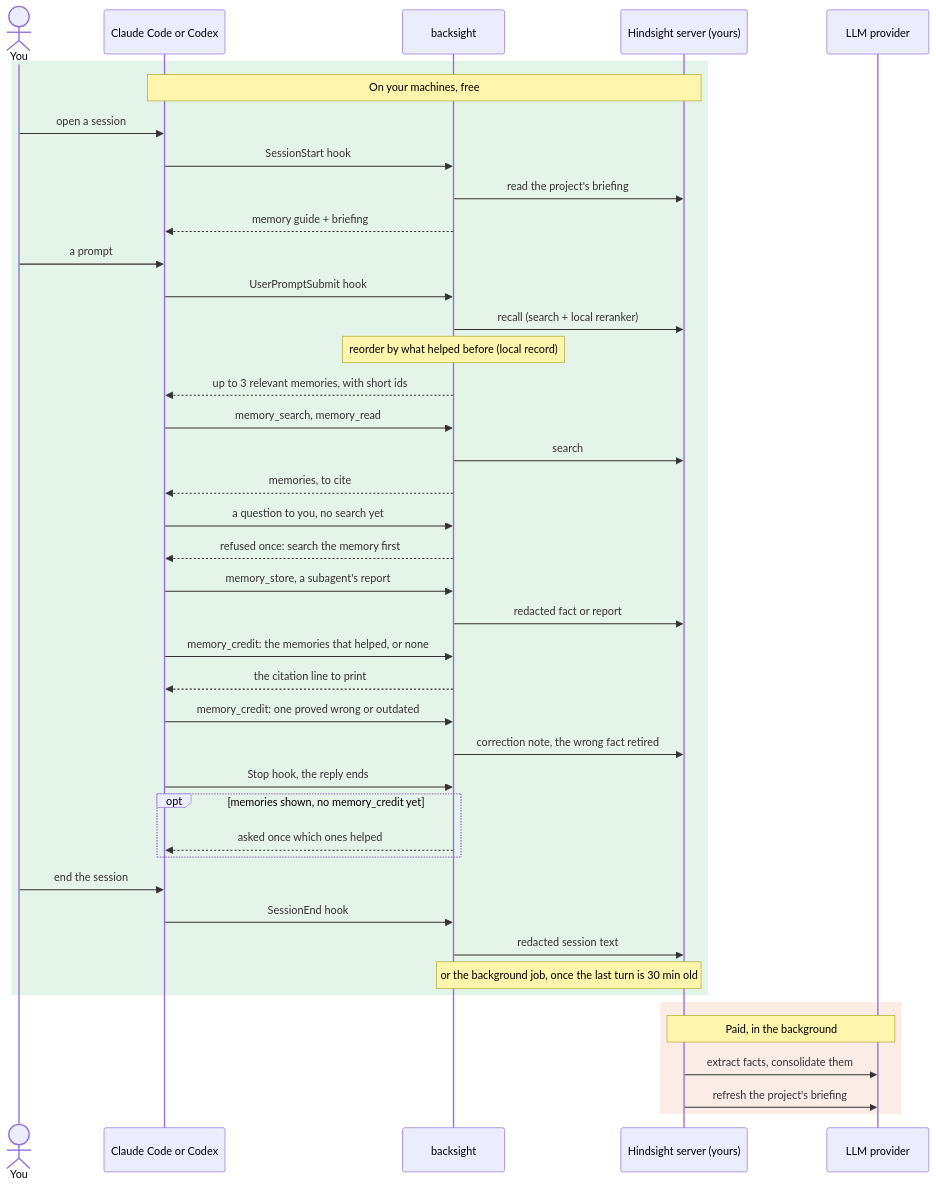
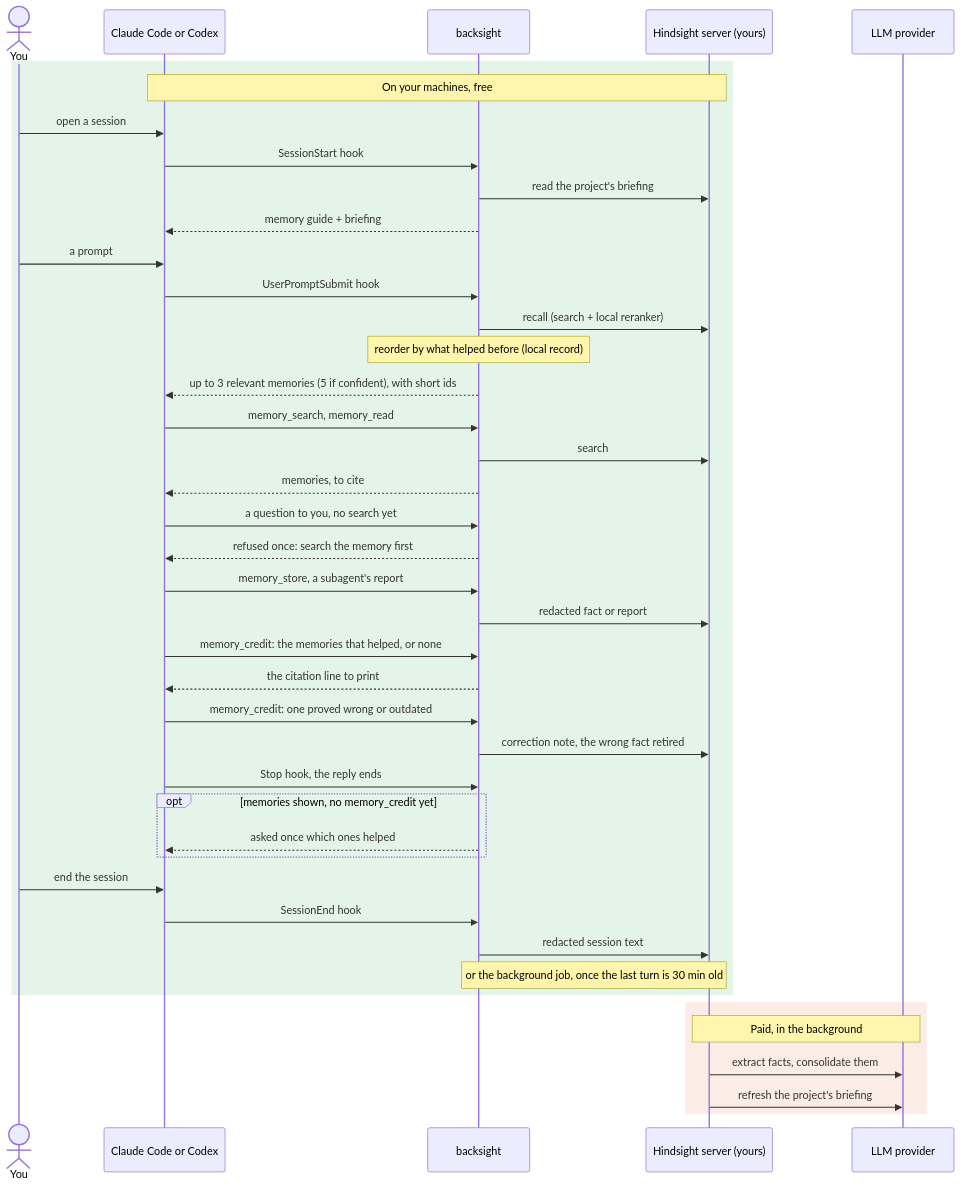
Before and after one commit to Barben360/backsight: the first of 2 diagrams in README.md, drawn with Mermaid. The commit also changed other lines of this file, not shown here.

First line of the commit message:
📝 README: per-prompt recall takes up to 5 confident memories and shortens long ones (#328)

````diff
--- a/README.md
+++ b/README.md
@@ -95,46 +95,46 @@
 ```mermaid
 sequenceDiagram
     actor You
     participant CC as Claude Code or Codex
     participant BS as backsight
     participant HS as Hindsight server (yours)
     participant LLM as LLM provider
 
     rect rgba(46, 160, 67, 0.12)
     Note over CC,HS: On your machines, free
     You->>CC: open a session
     CC->>BS: SessionStart hook
     BS->>HS: read the project's briefing
     BS-->>CC: memory guide + briefing
     You->>CC: a prompt
     CC->>BS: UserPromptSubmit hook
     BS->>HS: recall (search + local reranker)
     Note over BS: reorder by what helped before (local record)
-    BS-->>CC: up to 3 relevant memories, with short ids
+    BS-->>CC: up to 3 relevant memories (5 if confident), with short ids
     CC->>BS: memory_search, memory_read
     BS->>HS: search
     BS-->>CC: memories, to cite
     CC->>BS: a question to you, no search yet
     BS-->>CC: refused once: search the memory first
     CC->>BS: memory_store, a subagent's report
     BS->>HS: redacted fact or report
     CC->>BS: memory_credit: the memories that helped, or none
     BS-->>CC: the citation line to print
     CC->>BS: memory_credit: one proved wrong or outdated
     BS->>HS: correction note, the wrong fact retired
     CC->>BS: Stop hook, the reply ends
     opt memories shown, no memory_credit yet
     BS-->>CC: asked once which ones helped
     end
     You->>CC: end the session
     CC->>BS: SessionEnd hook
     BS->>HS: redacted session text
     Note over BS,HS: or the background job, once the last turn is 30 min old
     end
 
     rect rgba(219, 109, 40, 0.12)
     Note over HS,LLM: Paid, in the background
     HS->>LLM: extract facts, consolidate them
     HS->>LLM: refresh the project's briefing
     end
 ```
````
